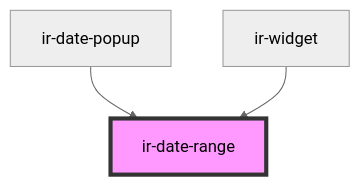
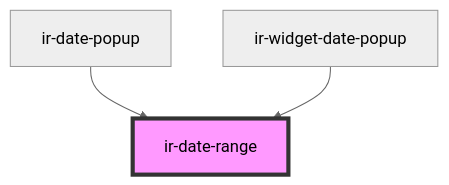
Before and after one commit to RonyRizk/ir-be: the diagram in src/components/ui/ir-date-range/readme.md, drawn with Mermaid (neutral theme). The commit also changed other lines of this file and 42 other files, not shown here.

````diff
--- a/src/components/ui/ir-date-range/readme.md
+++ b/src/components/ui/ir-date-range/readme.md
@@ -37,6 +37,6 @@
 ```mermaid
 graph TD;
   ir-date-popup --> ir-date-range
-  ir-widget --> ir-date-range
+  ir-widget-date-popup --> ir-date-range
   style ir-date-range fill:#f9f,stroke:#333,stroke-width:4px
 ```
````
